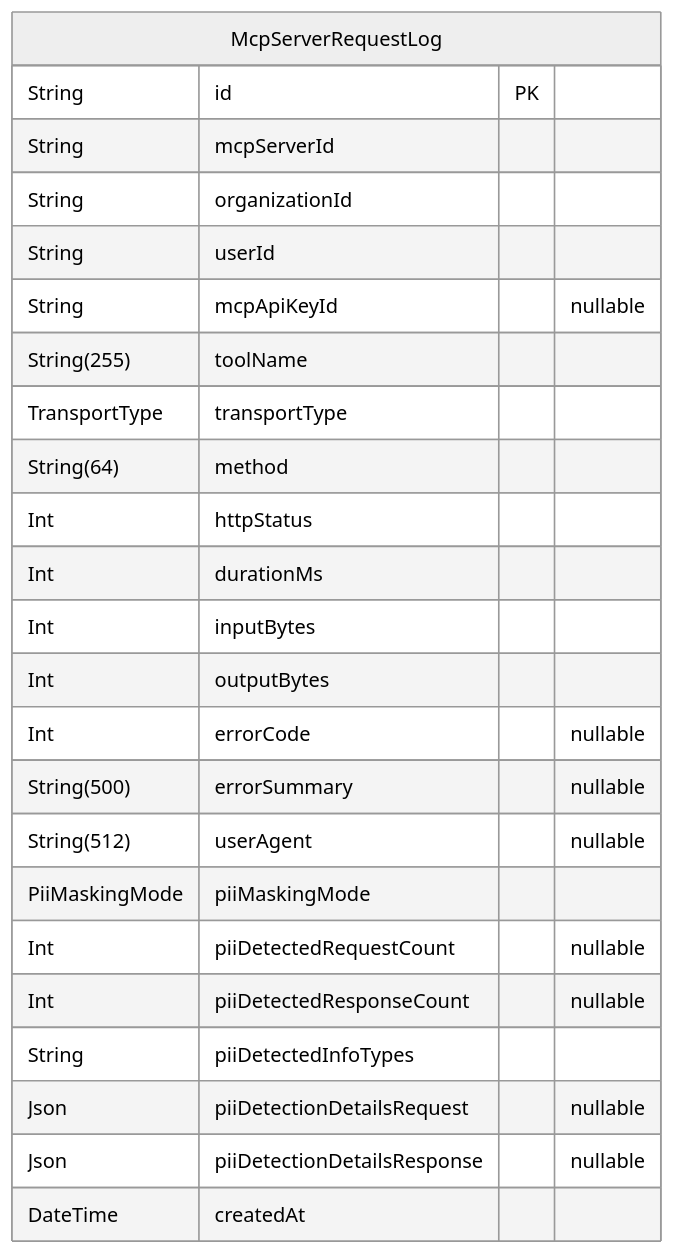
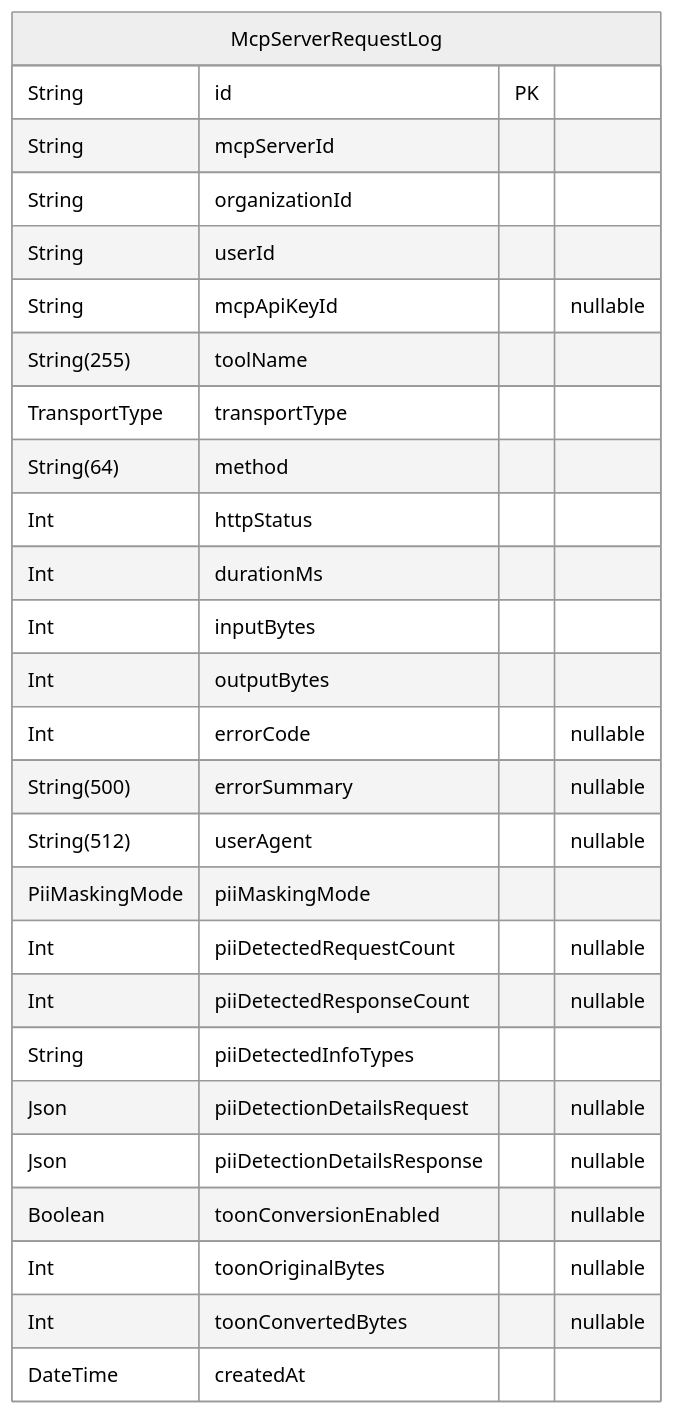
One commit to rayven122/tumiki changed the sixth of 9 diagrams in packages/db/prisma/README.md. Above: the diagram before and after it, drawn with Mermaid (neutral theme). The commit also changed other lines of this file and 6 other files, not shown here.

````diff
--- a/packages/db/prisma/README.md
+++ b/packages/db/prisma/README.md
@@ -448,27 +478,30 @@
 ```mermaid
 erDiagram
 "McpServerRequestLog" {
   String id PK
   String mcpServerId
   String organizationId
   String userId
   String mcpApiKeyId "nullable"
   String(255) toolName
   TransportType transportType
   String(64) method
   Int httpStatus
   Int durationMs
   Int inputBytes
   Int outputBytes
   Int errorCode "nullable"
   String(500) errorSummary "nullable"
   String(512) userAgent "nullable"
   PiiMaskingMode piiMaskingMode
   Int piiDetectedRequestCount "nullable"
   Int piiDetectedResponseCount "nullable"
   String piiDetectedInfoTypes
   Json piiDetectionDetailsRequest "nullable"
   Json piiDetectionDetailsResponse "nullable"
+  Boolean toonConversionEnabled "nullable"
+  Int toonOriginalBytes "nullable"
+  Int toonConvertedBytes "nullable"
   DateTime createdAt
 }
 ```
````
